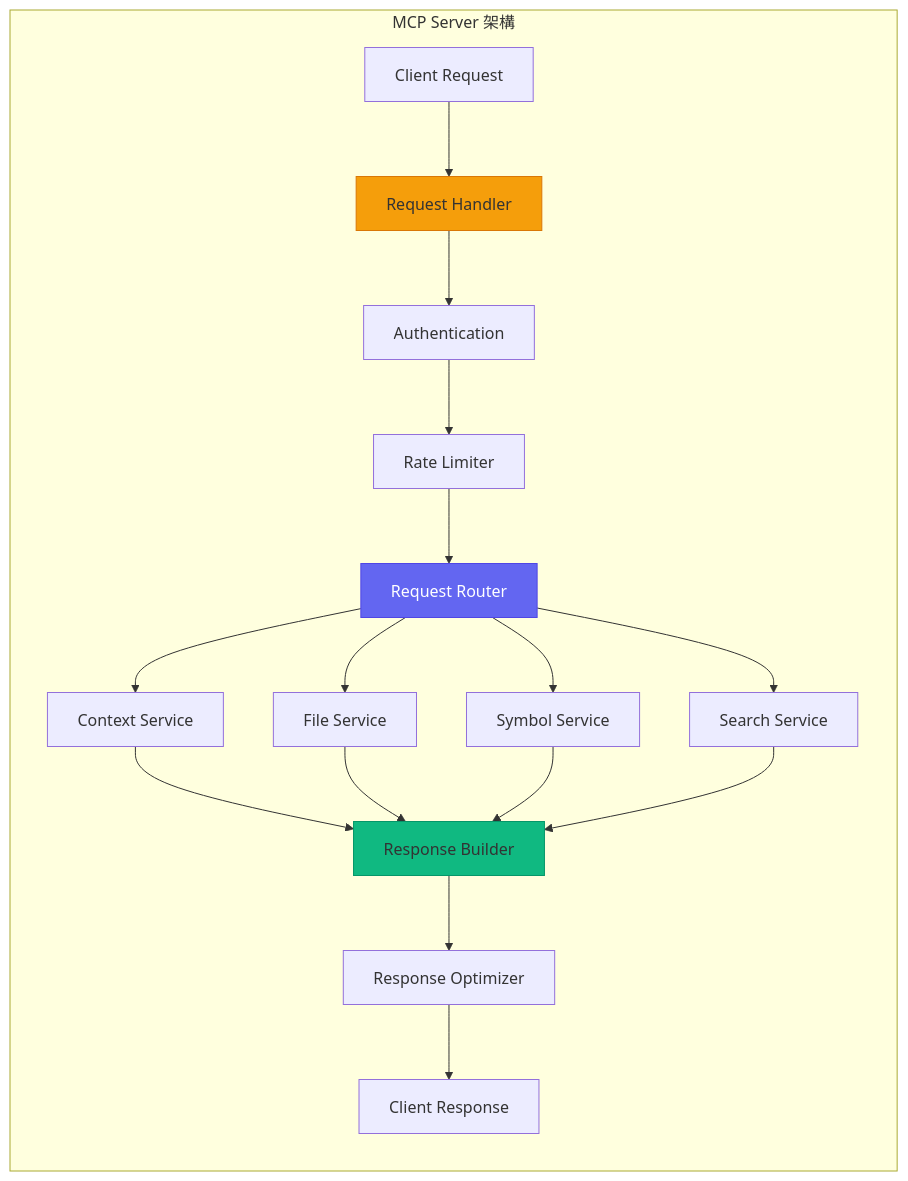
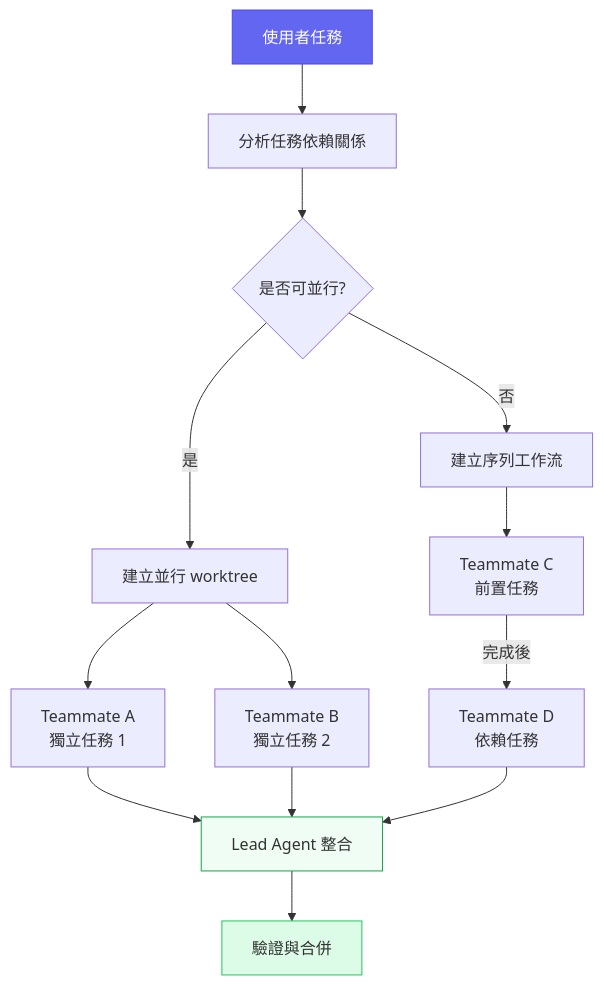
Before and after one commit to chihhung/Blog: diagram 16 of 57 in content/posts/教學/AI開發/Claude Code生態圈教學手冊.md, drawn with Mermaid. The commit also changed other lines of this file and 3 other files, not shown here.

````diff
--- a/content/posts/教學/AI開發/Claude Code生態圈教學手冊.md
+++ b/content/posts/教學/AI開發/Claude Code生態圈教學手冊.md
@@ -5735,26 +1979,24 @@
 ```mermaid
-graph LR
-    subgraph "MCP Server 架構"
-        A[Client Request] --> B[Request Handler]
-        B --> C[Authentication]
-        C --> D[Rate Limiter]
-        D --> E[Request Router]
-        
-        E --> F[Context Service]
-        E --> G[File Service]
-        E --> H[Symbol Service]
-        E --> I[Search Service]
-        
-        F --> J[Response Builder]
-        G --> J
-        H --> J
-        I --> J
-        
-        J --> K[Response Optimizer]
-        K --> L[Client Response]
-    end
+flowchart TD
+    T[使用者任務] --> A[分析任務依賴關係]
+    A --> B{是否可並行?}
     
-    style B fill:#f59e0b,stroke:#d97706
-    style E fill:#6366f1,stroke:#4f46e5,color:#fff
-    style J fill:#10b981,stroke:#059669
+    B -->|是| P[建立並行 worktree]
+    B -->|否| S[建立序列工作流]
+    
+    P --> P1[Teammate A<br>獨立任務 1]
+    P --> P2[Teammate B<br>獨立任務 2]
+    
+    S --> S1[Teammate C<br>前置任務]
+    S1 -->|完成後| S2[Teammate D<br>依賴任務]
+    
+    P1 --> M[Lead Agent 整合]
+    P2 --> M
+    S2 --> M
+    
+    M --> V[驗證與合併]
+    
+    style T fill:#6366f1,stroke:#4f46e5,color:#fff
+    style M fill:#f0fdf4,stroke:#16a34a
+    style V fill:#dcfce7,stroke:#22c55e
 ```
````
